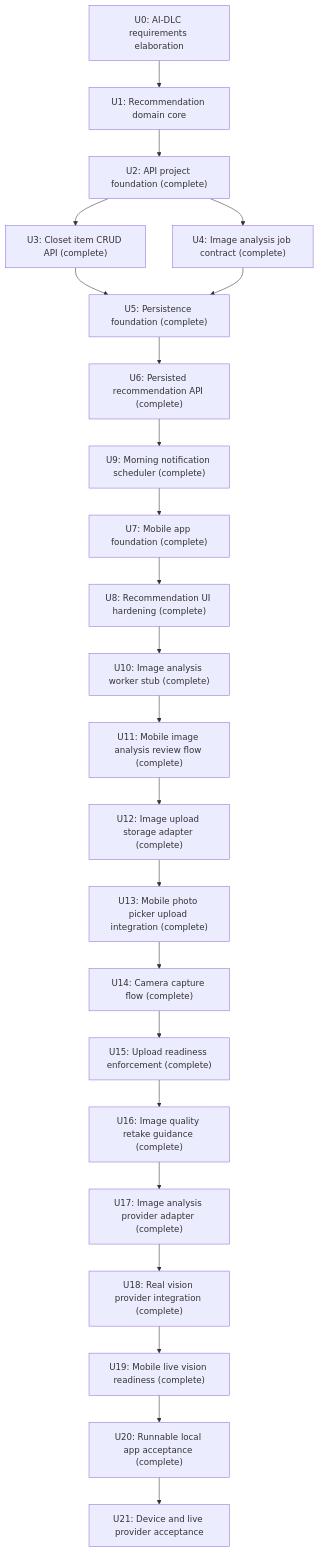
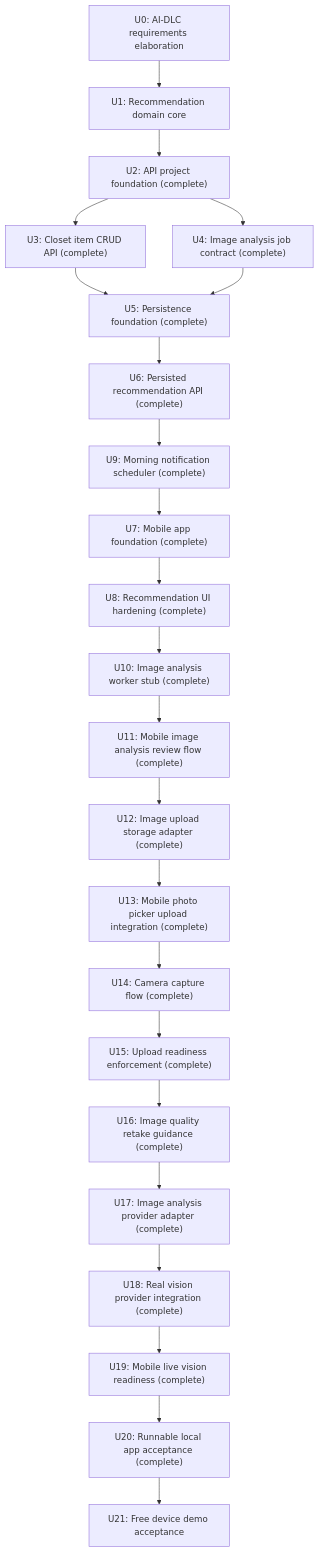
Before and after one commit to idealization/Fitlog: the diagram in requirements/ai_dlc/00_intent.md, drawn with Mermaid. The commit also changed other lines of this file and 16 other files, not shown here.

Commit message:
Make image analysis free demo first

````diff
--- a/requirements/ai_dlc/00_intent.md
+++ b/requirements/ai_dlc/00_intent.md
@@ -30,25 +30,25 @@
 ```mermaid
 flowchart TD
     U0["U0: AI-DLC requirements elaboration"] --> U1["U1: Recommendation domain core"]
     U1 --> U2["U2: API project foundation (complete)"]
     U2 --> U3["U3: Closet item CRUD API (complete)"]
     U2 --> U4["U4: Image analysis job contract (complete)"]
     U3 --> U5["U5: Persistence foundation (complete)"]
     U4 --> U5
     U5 --> U6["U6: Persisted recommendation API (complete)"]
     U6 --> U9["U9: Morning notification scheduler (complete)"]
     U9 --> U7["U7: Mobile app foundation (complete)"]
     U7 --> U8["U8: Recommendation UI hardening (complete)"]
     U8 --> U10["U10: Image analysis worker stub (complete)"]
     U10 --> U11["U11: Mobile image analysis review flow (complete)"]
     U11 --> U12["U12: Image upload storage adapter (complete)"]
     U12 --> U13["U13: Mobile photo picker upload integration (complete)"]
     U13 --> U14["U14: Camera capture flow (complete)"]
     U14 --> U15["U15: Upload readiness enforcement (complete)"]
     U15 --> U16["U16: Image quality retake guidance (complete)"]
     U16 --> U17["U17: Image analysis provider adapter (complete)"]
     U17 --> U18["U18: Real vision provider integration (complete)"]
     U18 --> U19["U19: Mobile live vision readiness (complete)"]
     U19 --> U20["U20: Runnable local app acceptance (complete)"]
-    U20 --> U21["U21: Device and live provider acceptance"]
+    U20 --> U21["U21: Free device demo acceptance"]
 ```
````
